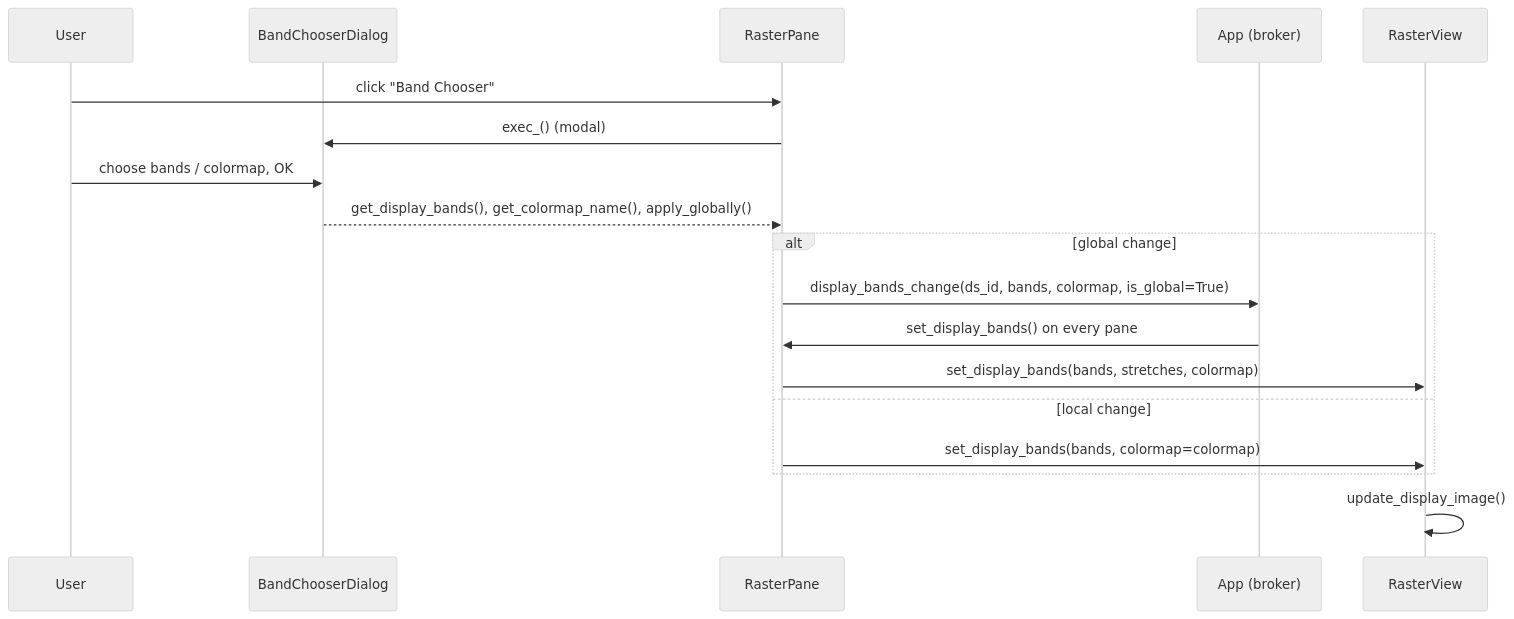
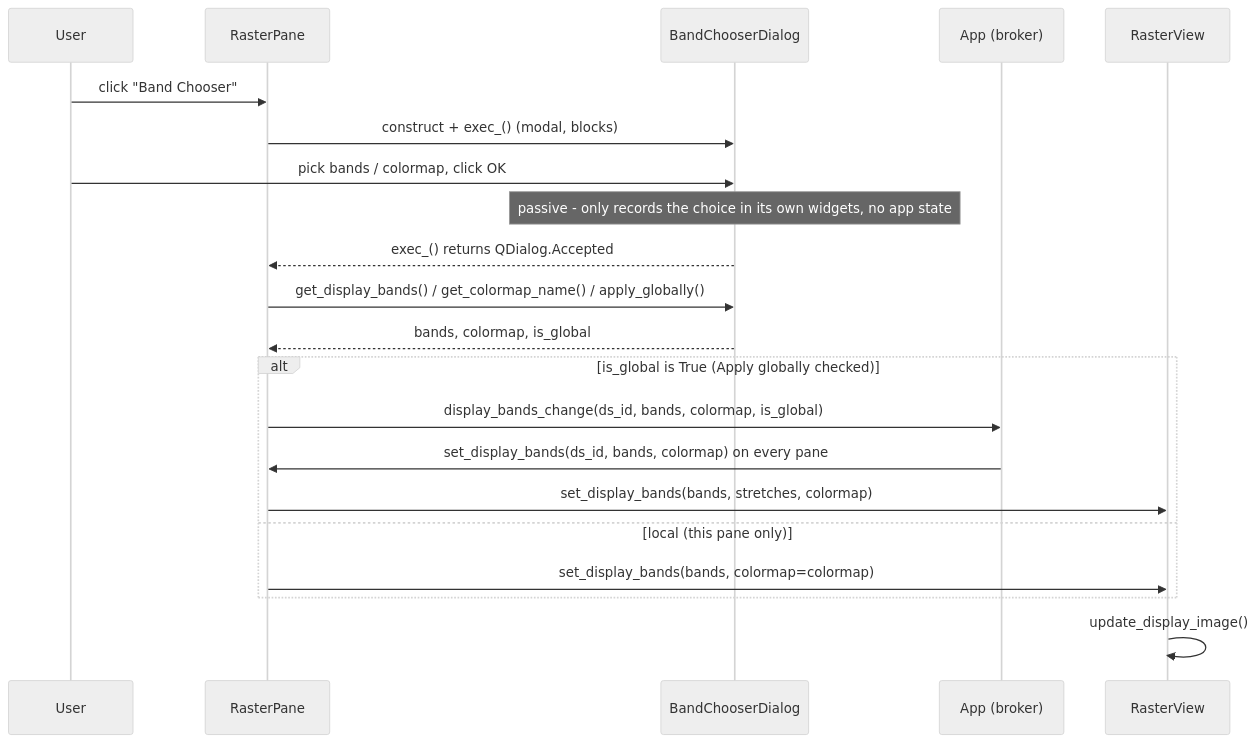
One commit to Ehlmann-research-group/WISER changed the diagram in doc/sphinx-general-wiser-docs/source/developer-content/band-chooser.md. Above: the diagram before and after it, drawn with Mermaid (neutral theme). The commit also changed other lines of this file and 3 other files, not shown here.

````diff
--- a/doc/sphinx-general-wiser-docs/source/developer-content/band-chooser.md
+++ b/doc/sphinx-general-wiser-docs/source/developer-content/band-chooser.md
@@ -115,21 +120,24 @@
 ```{mermaid}
 sequenceDiagram
     participant U as User
+    participant RP as RasterPane
     participant BC as BandChooserDialog
-    participant RP as RasterPane
     participant App as App (broker)
     participant RV as RasterView
 
     U->>RP: click "Band Chooser"
-    RP->>BC: exec_() (modal)
-    U->>BC: choose bands / colormap, OK
-    BC-->>RP: get_display_bands(), get_colormap_name(), apply_globally()
-    alt global change
-        RP->>App: display_bands_change(ds_id, bands, colormap, is_global=True)
-        App->>RP: set_display_bands() on every pane
+    RP->>BC: construct + exec_() (modal, blocks)
+    U->>BC: pick bands / colormap, click OK
+    Note over BC: passive - only records the choice in its own widgets, no app state
+    BC-->>RP: exec_() returns QDialog.Accepted
+    RP->>BC: get_display_bands() / get_colormap_name() / apply_globally()
+    BC-->>RP: bands, colormap, is_global
+    alt is_global is True (Apply globally checked)
+        RP->>App: display_bands_change(ds_id, bands, colormap, is_global)
+        App->>RP: set_display_bands(ds_id, bands, colormap) on every pane
         RP->>RV: set_display_bands(bands, stretches, colormap)
-    else local change
+    else local (this pane only)
         RP->>RV: set_display_bands(bands, colormap=colormap)
     end
     RV->>RV: update_display_image()
 ```
````
